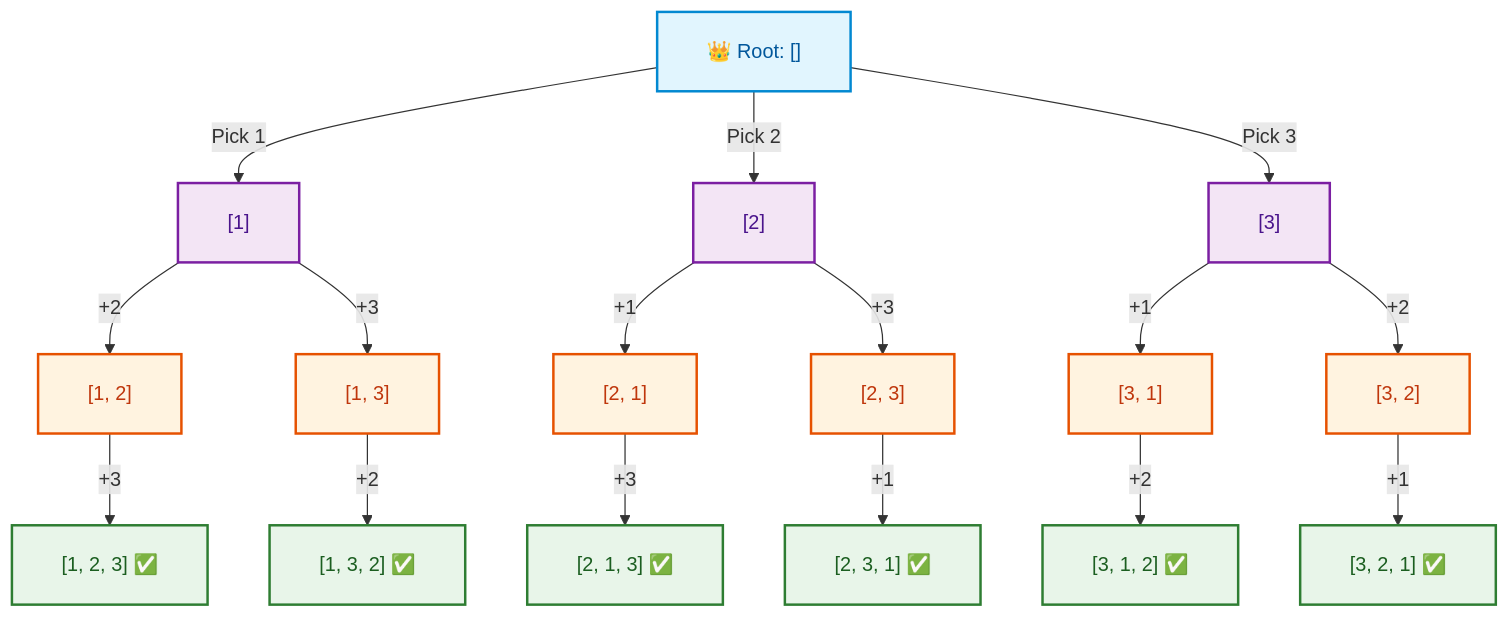
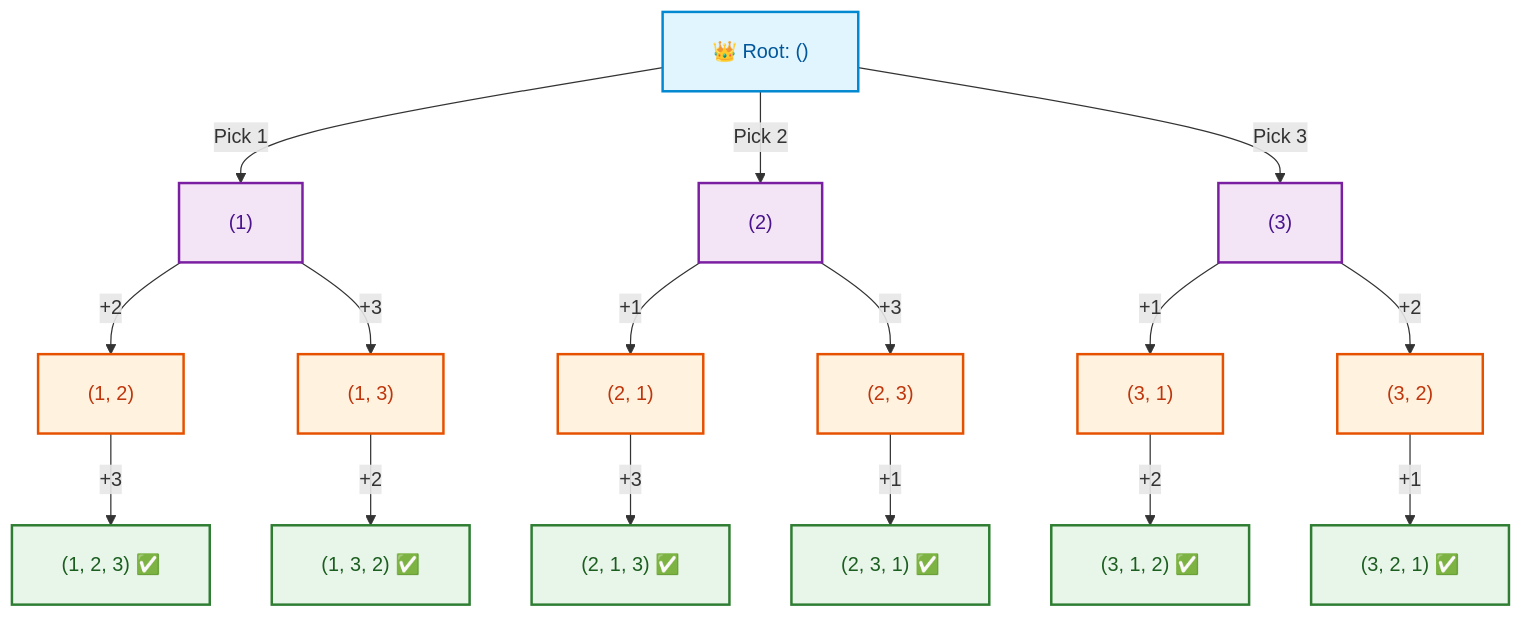
One commit to dip4k/DSA_102 changed the first of 5 diagrams in week_13_backtracking_and_branch_bound/Week_13_Visual_Concepts_Playbook_HYBRID.md. Above: the diagram before and after it, drawn with Mermaid. The commit also changed other lines of this file and 147 other files, not shown here.

First line of the commit message:
feat(curriculum): enrich Weeks 01-19 instructional modules & resolve repository-wide Mermaid cutoff

````diff
--- a/week_13_backtracking_and_branch_bound/Week_13_Visual_Concepts_Playbook_HYBRID.md
+++ b/week_13_backtracking_and_branch_bound/Week_13_Visual_Concepts_Playbook_HYBRID.md
@@ -518,50 +518,50 @@
 ```mermaid
 %%{init: {"flowchart": {"htmlLabels": true, "padding": 20}, "themeCSS": "foreignObject { overflow: visible !important; }"}}%%
 graph TD
     classDef rootNode fill:#e1f5fe,stroke:#0288d1,stroke-width:2px,color:#01579b
     classDef l1Node fill:#f3e5f5,stroke:#7b1fa2,stroke-width:2px,color:#4a148c
     classDef l2Node fill:#fff3e0,stroke:#e65100,stroke-width:2px,color:#bf360c
     classDef leafNode fill:#e8f5e9,stroke:#2e7d32,stroke-width:2px,color:#1b5e20
 
-    Root["👑 Root: []"]:::rootNode
+    Root["👑 Root: ()"]:::rootNode
 
-    P1["[1]"]:::l1Node
-    P2["[2]"]:::l1Node
-    P3["[3]"]:::l1Node
+    P1["(1)"]:::l1Node
+    P2["(2)"]:::l1Node
+    P3["(3)"]:::l1Node
 
-    P1_2["[1, 2]"]:::l2Node
-    P1_3["[1, 3]"]:::l2Node
+    P1_2["(1, 2)"]:::l2Node
+    P1_3["(1, 3)"]:::l2Node
 
-    P2_1["[2, 1]"]:::l2Node
-    P2_3["[2, 3]"]:::l2Node
+    P2_1["(2, 1)"]:::l2Node
+    P2_3["(2, 3)"]:::l2Node
 
-    P3_1["[3, 1]"]:::l2Node
-    P3_2["[3, 2]"]:::l2Node
+    P3_1["(3, 1)"]:::l2Node
+    P3_2["(3, 2)"]:::l2Node
 
-    L1["[1, 2, 3] ✅"]:::leafNode
-    L2["[1, 3, 2] ✅"]:::leafNode
-    L3["[2, 1, 3] ✅"]:::leafNode
-    L4["[2, 3, 1] ✅"]:::leafNode
-    L5["[3, 1, 2] ✅"]:::leafNode
-    L6["[3, 2, 1] ✅"]:::leafNode
+    L1["(1, 2, 3) ✅"]:::leafNode
+    L2["(1, 3, 2) ✅"]:::leafNode
+    L3["(2, 1, 3) ✅"]:::leafNode
+    L4["(2, 3, 1) ✅"]:::leafNode
+    L5["(3, 1, 2) ✅"]:::leafNode
+    L6["(3, 2, 1) ✅"]:::leafNode
 
     Root -->|"Pick 1"| P1
     Root -->|"Pick 2"| P2
     Root -->|"Pick 3"| P3
 
     P1 -->|"+2"| P1_2
     P1 -->|"+3"| P1_3
 
     P2 -->|"+1"| P2_1
     P2 -->|"+3"| P2_3
 
     P3 -->|"+1"| P3_1
     P3 -->|"+2"| P3_2
 
     P1_2 -->|"+3"| L1
     P1_3 -->|"+2"| L2
     P2_1 -->|"+3"| L3
     P2_3 -->|"+1"| L4
     P3_1 -->|"+2"| L5
     P3_2 -->|"+1"| L6
 ```
````
